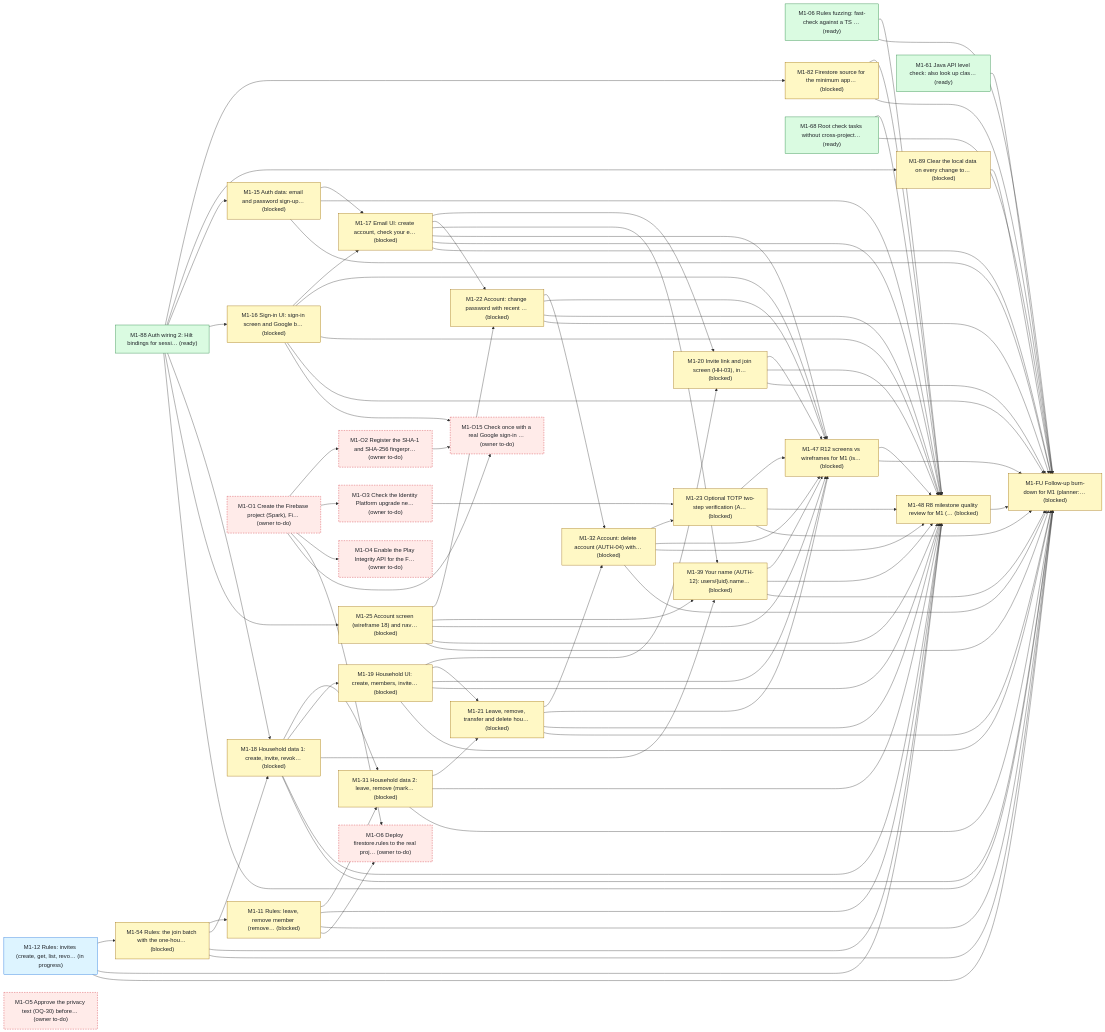
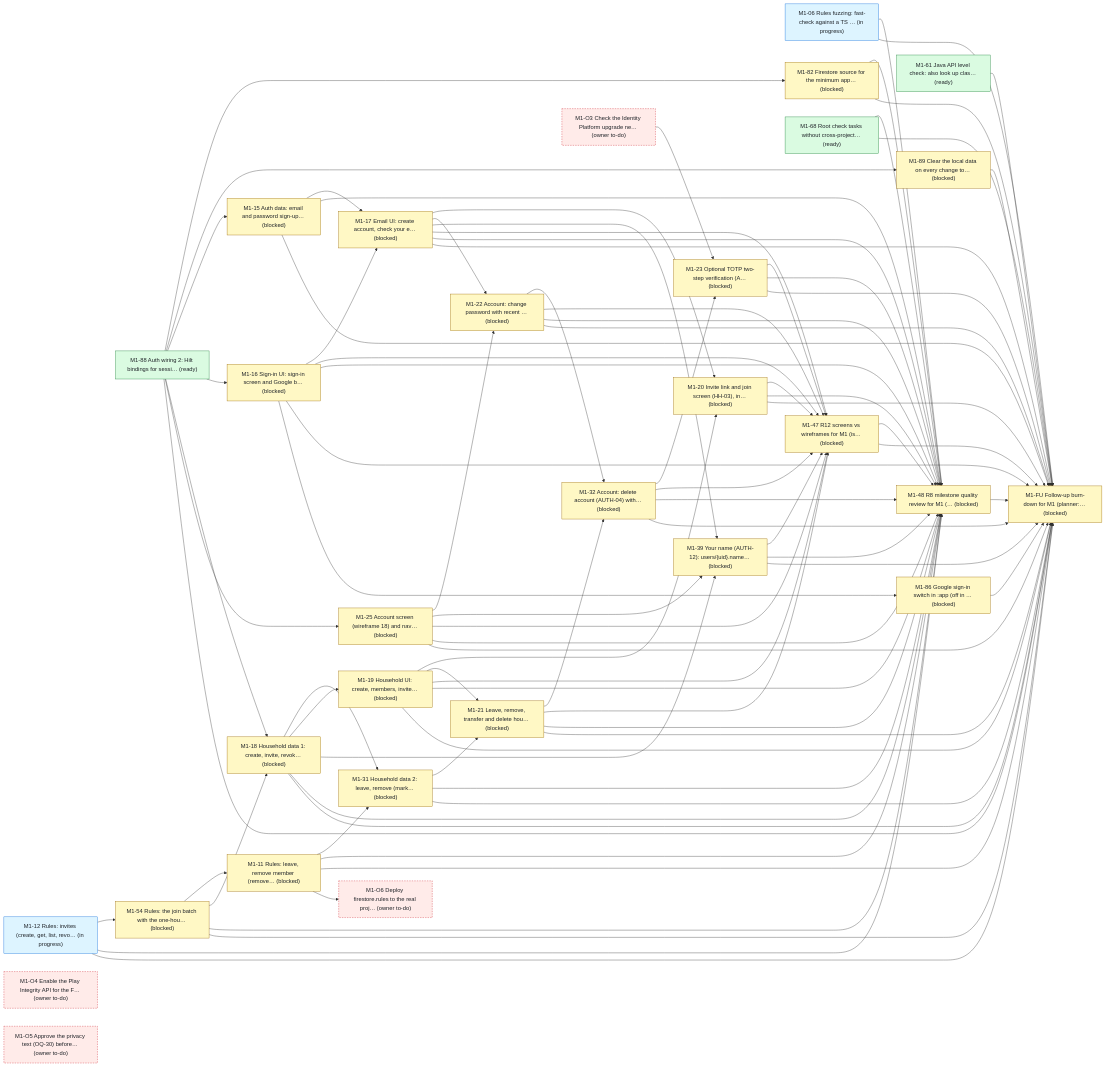
Before and after one commit to bondo/listicles2: the first of 4 diagrams in status.md, drawn with Mermaid. The commit also changed other lines of this file and 3 other files, not shown here.

````diff
--- a/status.md
+++ b/status.md
@@ -228,6 +230,6 @@
 ```mermaid
 flowchart LR
-    n0["M1-06 Rules fuzzing: fast-check against a TS … (ready)"]:::ready
+    n0["M1-06 Rules fuzzing: fast-check against a TS … (in progress)"]:::progress
     n1["M1-11 Rules: leave, remove member (remove… (blocked)"]:::blocked
     n2["M1-12 Rules: invites (create, get, list, revo… (in progress)"]:::progress
     n3["M1-82 Firestore source for the minimum app… (blocked)"]:::blocked
@@ -252,13 +254,11 @@
     n22["M1-47 R12 screens vs wireframes for M1 (is… (blocked)"]:::blocked
     n23["M1-48 R8 milestone quality review for M1 (… (blocked)"]:::blocked
     n24["M1-FU Follow-up burn-down for M1 (planner:… (blocked)"]:::blocked
-    n25["M1-O1 Create the Firebase project (Spark), Fi… (owner to-do)"]:::owner
-    n26["M1-O2 Register the SHA-1 and SHA-256 fingerpr… (owner to-do)"]:::owner
-    n27["M1-O3 Check the Identity Platform upgrade ne… (owner to-do)"]:::owner
-    n28["M1-O4 Enable the Play Integrity API for the F… (owner to-do)"]:::owner
-    n29["M1-O5 Approve the privacy text (OQ-30) before… (owner to-do)"]:::owner
-    n30["M1-O6 Deploy firestore.rules to the real proj… (owner to-do)"]:::owner
-    n31["M1-O15 Check once with a real Google sign-in … (owner to-do)"]:::owner
+    n25["M1-O3 Check the Identity Platform upgrade ne… (owner to-do)"]:::owner
+    n26["M1-O4 Enable the Play Integrity API for the F… (owner to-do)"]:::owner
+    n27["M1-O5 Approve the privacy text (OQ-30) before… (owner to-do)"]:::owner
+    n28["M1-O6 Deploy firestore.rules to the real proj… (owner to-do)"]:::owner
+    n29["M1-86 Google sign-in switch in :app (off in … (blocked)"]:::blocked
     n18 --> n1
     n4 --> n3
     n4 --> n5
@@ -280,7 +280,7 @@
     n14 --> n15
     n13 --> n15
     n15 --> n16
-    n27 --> n16
+    n25 --> n16
     n4 --> n17
     n2 --> n18
     n9 --> n20
@@ -340,14 +340,9 @@
     n19 --> n24
     n21 --> n24
     n3 --> n24
-    n25 --> n26
-    n25 --> n27
-    n25 --> n28
-    n25 --> n30
-    n1 --> n30
-    n25 --> n31
-    n26 --> n31
-    n7 --> n31
+    n29 --> n24
+    n1 --> n28
+    n7 --> n29
     classDef ready fill:#dafbe1,stroke:#1a7f37,color:#1f2328
     classDef progress fill:#ddf4ff,stroke:#0969da,color:#1f2328
     classDef blocked fill:#fff8c5,stroke:#9a6700,color:#1f2328
````
